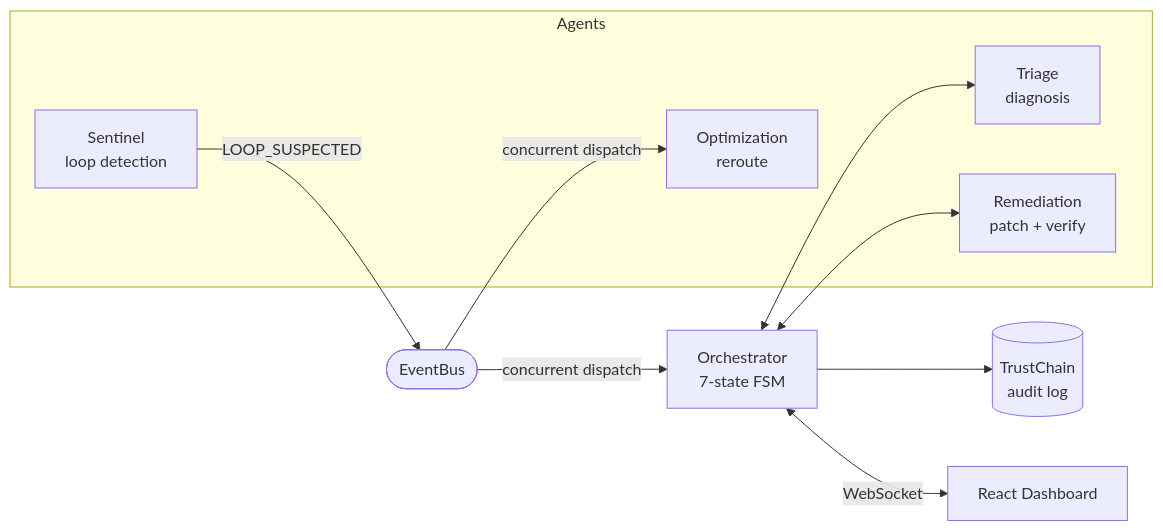
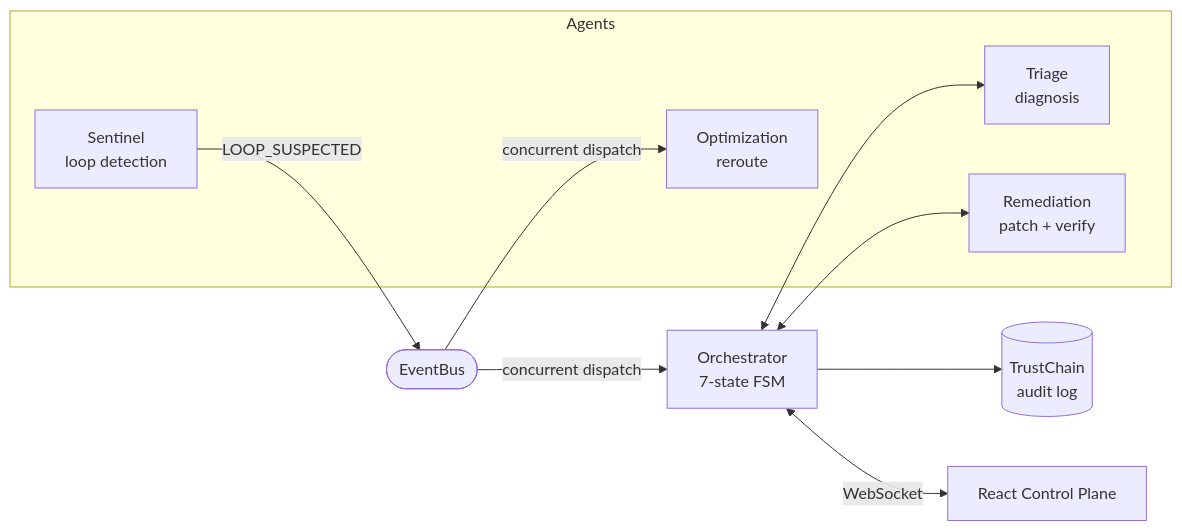
One commit to nipunkalsotra/NeuralGaurd changed the diagram in README.md. Above: the diagram before and after it, drawn with Mermaid. The commit also changed other lines of this file and 120 other files, not shown here.

````diff
--- a/README.md
+++ b/README.md
@@ -54,21 +83,21 @@
 ```mermaid
 flowchart LR
     subgraph Agents
         Sentinel["Sentinel<br/>loop detection"]
         Triage["Triage<br/>diagnosis"]
         Remediation["Remediation<br/>patch + verify"]
         Optimization["Optimization<br/>reroute"]
     end
     Orchestrator["Orchestrator<br/>7-state FSM"]
     Bus(["EventBus"])
     Audit[("TrustChain<br/>audit log")]
-    Dashboard["React Dashboard"]
+    Dashboard["React Control Plane"]
 
     Sentinel -->|LOOP_SUSPECTED| Bus
     Bus -->|concurrent dispatch| Orchestrator
     Bus -->|concurrent dispatch| Optimization
     Orchestrator <--> Triage
     Orchestrator <--> Remediation
     Orchestrator --> Audit
     Orchestrator <-->|WebSocket| Dashboard
 ```
````
